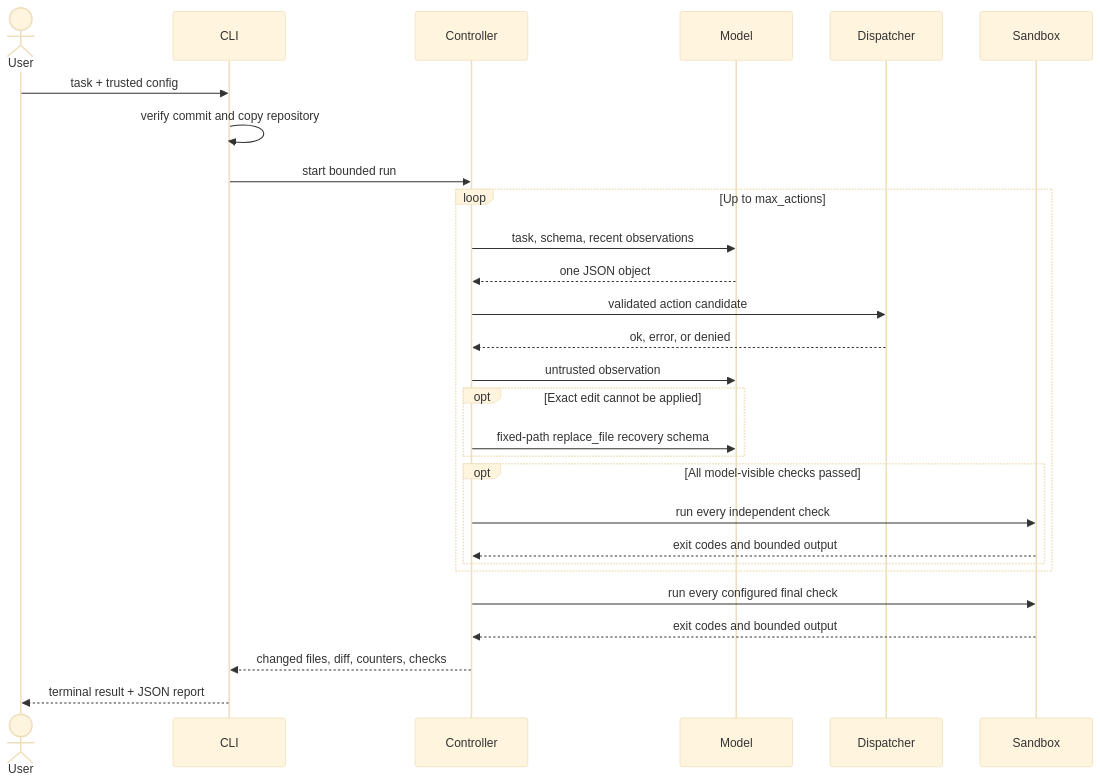
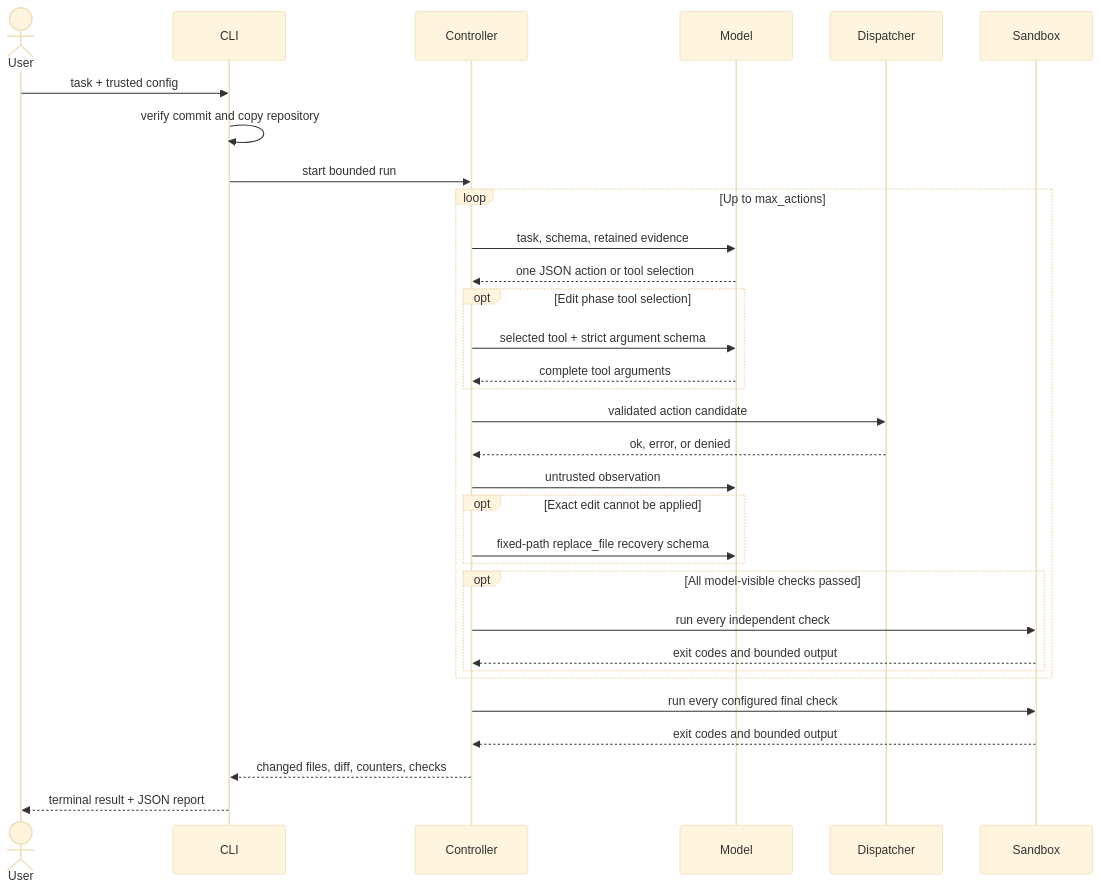
The second of 2 diagrams in docs/architecture.md (granik/ai-coding-harness), drawn with Mermaid (base theme) before and after one commit. The commit also changed other lines of this file and 8 other files, not shown here.

````diff
--- a/docs/architecture.md
+++ b/docs/architecture.md
@@ -30,31 +43,35 @@
 ```mermaid
 sequenceDiagram
     actor User
     participant CLI
     participant Controller
     participant Model
     participant Dispatcher
     participant Sandbox
 
     User->>CLI: task + trusted config
     CLI->>CLI: verify commit and copy repository
     CLI->>Controller: start bounded run
     loop Up to max_actions
-        Controller->>Model: task, schema, recent observations
-        Model-->>Controller: one JSON object
+        Controller->>Model: task, schema, retained evidence
+        Model-->>Controller: one JSON action or tool selection
+        opt Edit phase tool selection
+            Controller->>Model: selected tool + strict argument schema
+            Model-->>Controller: complete tool arguments
+        end
         Controller->>Dispatcher: validated action candidate
         Dispatcher-->>Controller: ok, error, or denied
         Controller->>Model: untrusted observation
         opt Exact edit cannot be applied
             Controller->>Model: fixed-path replace_file recovery schema
         end
         opt All model-visible checks passed
             Controller->>Sandbox: run every independent check
             Sandbox-->>Controller: exit codes and bounded output
         end
     end
     Controller->>Sandbox: run every configured final check
     Sandbox-->>Controller: exit codes and bounded output
     Controller-->>CLI: changed files, diff, counters, checks
     CLI-->>User: terminal result + JSON report
 ```
````
